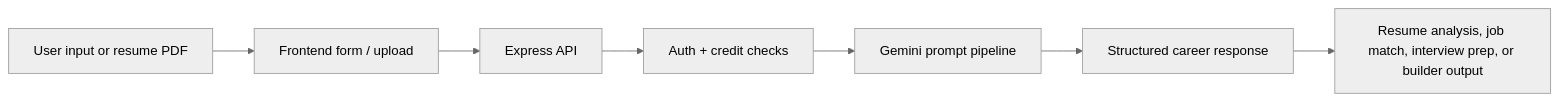
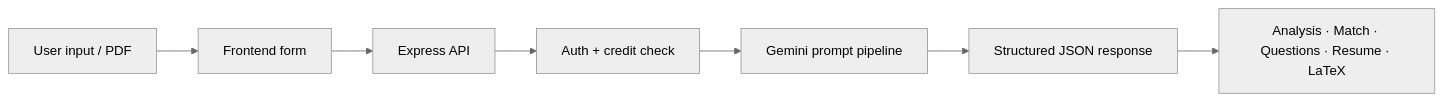
One commit to Krish-Prasad09/HireU-CareerAssistant changed the first of 2 diagrams in README.md. Above: the diagram before and after it, drawn with Mermaid (neutral theme). The commit also changed other lines of this file, not shown here.

````diff
--- a/README.md
+++ b/README.md
@@ -54,9 +43,9 @@
 ```mermaid
 flowchart LR
-  A["User input or resume PDF"] --> B["Frontend form / upload"]
+  A["User input / PDF"] --> B["Frontend form"]
   B --> C["Express API"]
-  C --> D["Auth + credit checks"]
+  C --> D["Auth + credit check"]
   D --> E["Gemini prompt pipeline"]
-  E --> F["Structured career response"]
-  F --> G["Resume analysis, job match, interview prep, or builder output"]
+  E --> F["Structured JSON response"]
+  F --> G["Analysis · Match · Questions · Resume · LaTeX"]
 ```
````
